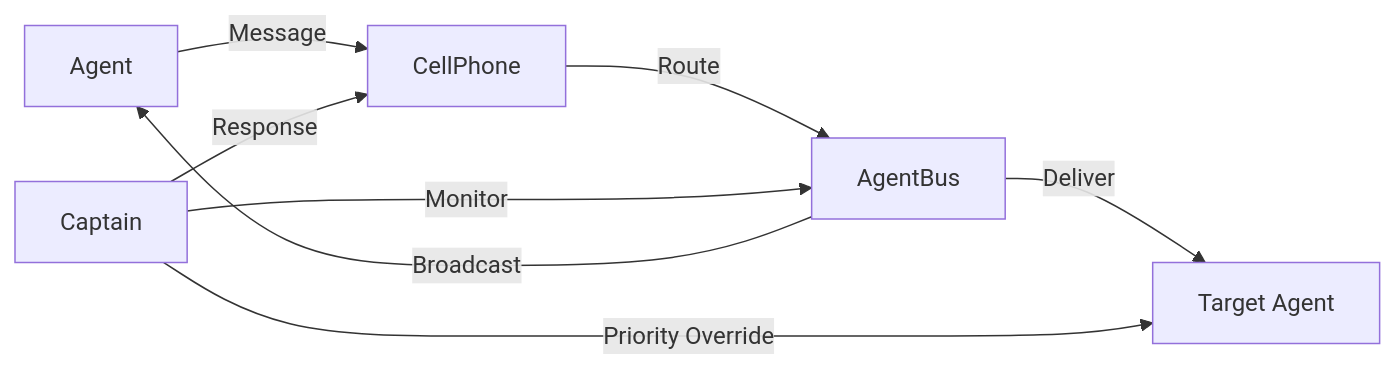
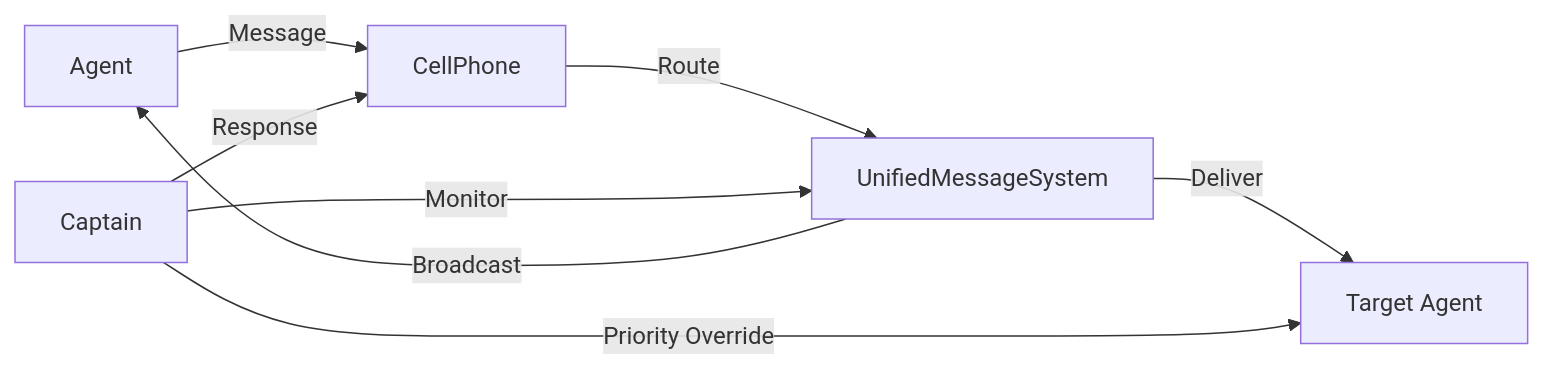
One commit to Dadudekc/SWARM changed the first of 3 diagrams in README.md. Above: the diagram before and after it, drawn with Mermaid. The commit also changed other lines of this file and 6 other files, not shown here.

Commit message:
Migrate to unified message system

````diff
--- a/README.md
+++ b/README.md
@@ -306,10 +306,10 @@
 ```mermaid
 graph LR
     A[Agent] -->|Message| B[CellPhone]
-    B -->|Route| C[AgentBus]
+    B -->|Route| C[UnifiedMessageSystem]
     C -->|Deliver| D[Target Agent]
     C -->|Broadcast| A
     E[Captain] -->|Monitor| C
     E -->|Response| B
     E -->|Priority Override| D
 ```
````
